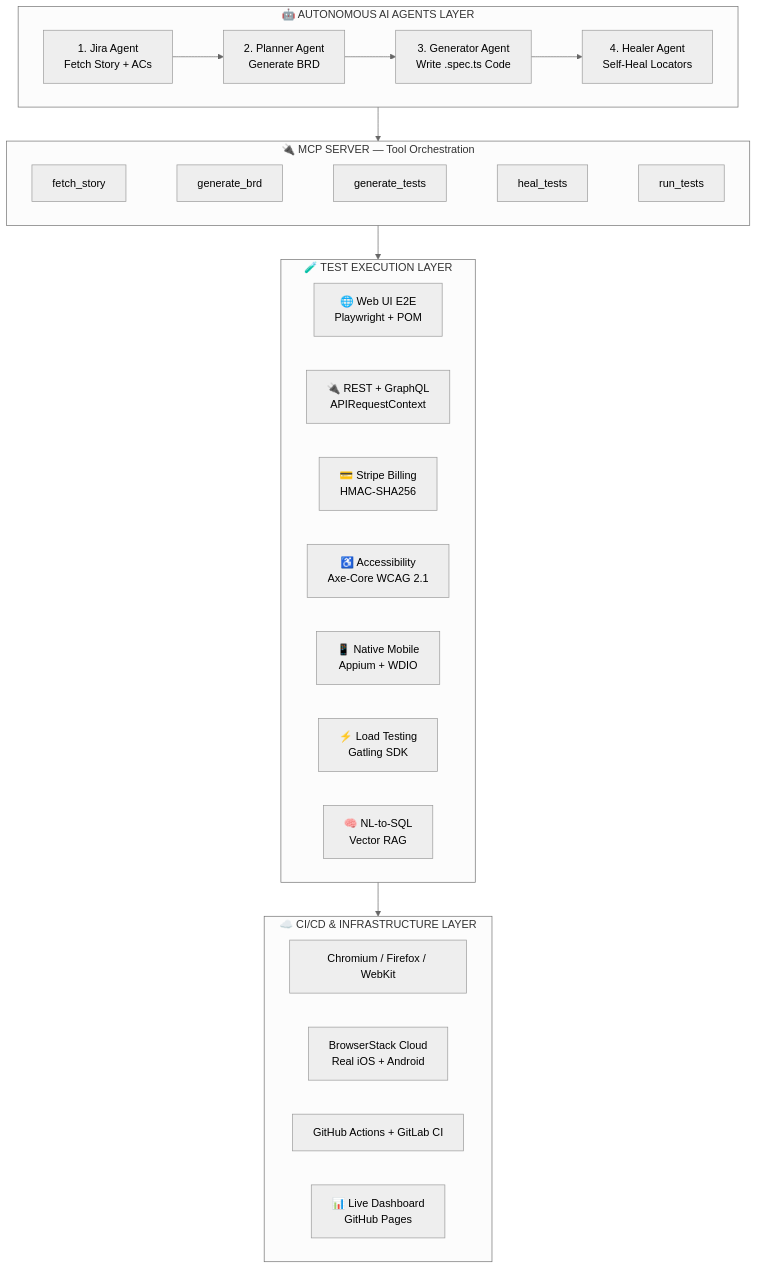
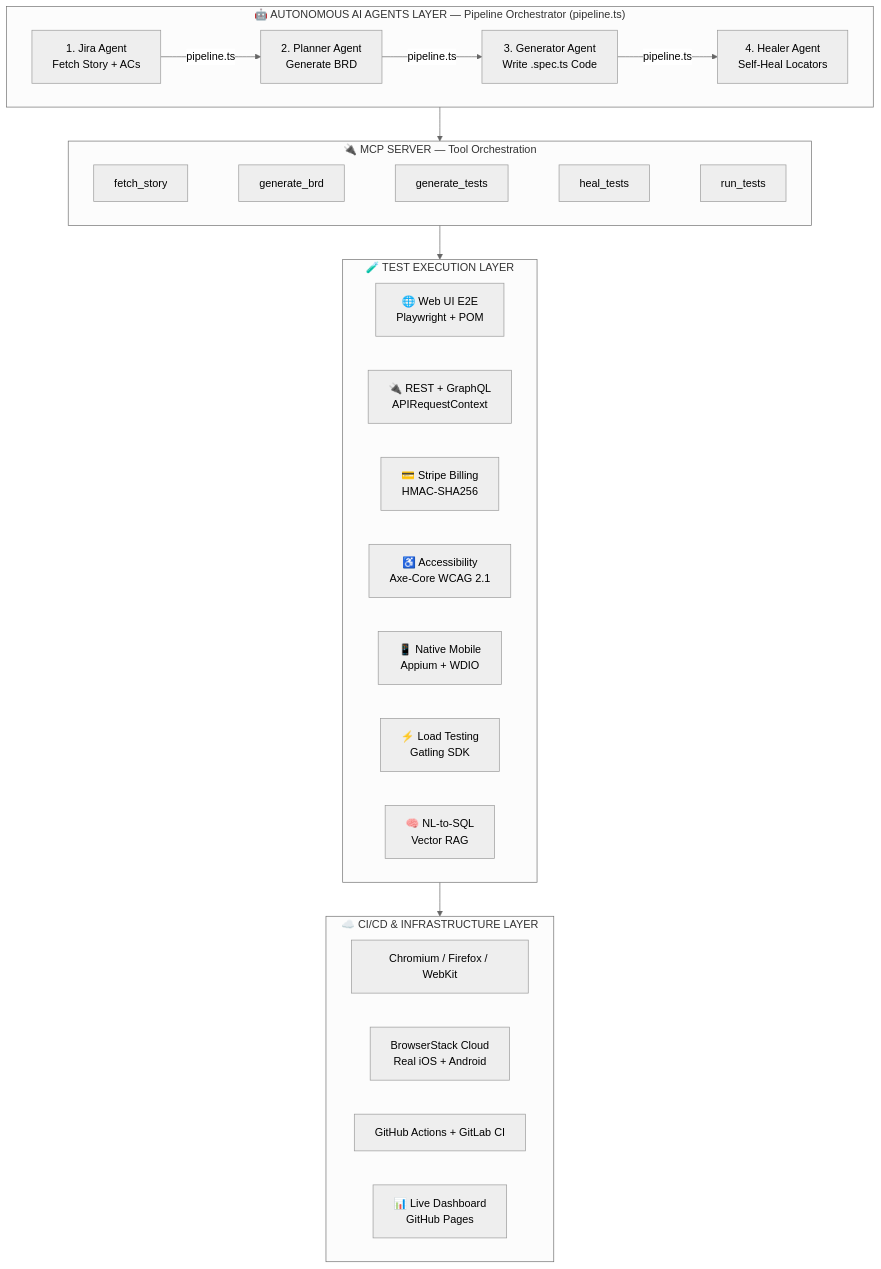
The first of 2 diagrams in README.md (abhirise1981/ai-test-automation-platform), drawn with Mermaid (neutral theme) before and after one commit.

Commit message:
docs: explicitly label pipeline.ts Pipeline Orchestrator in Layer 1 of architecture diagram

````diff
--- a/README.md
+++ b/README.md
@@ -20,37 +20,37 @@
 ```mermaid
 graph TB
-    subgraph AI["🤖 AUTONOMOUS AI AGENTS LAYER"]
+    subgraph AI["🤖 AUTONOMOUS AI AGENTS LAYER — Pipeline Orchestrator (pipeline.ts)"]
         direction LR
-        JIRA["1. Jira Agent<br/>Fetch Story + ACs"] --> PLAN["2. Planner Agent<br/>Generate BRD"]
-        PLAN --> GEN["3. Generator Agent<br/>Write .spec.ts Code"]
-        GEN --> HEAL["4. Healer Agent<br/>Self-Heal Locators"]
+        JIRA["1. Jira Agent<br/>Fetch Story + ACs"] -->|pipeline.ts| PLAN["2. Planner Agent<br/>Generate BRD"]
+        PLAN -->|pipeline.ts| GEN["3. Generator Agent<br/>Write .spec.ts Code"]
+        GEN -->|pipeline.ts| HEAL["4. Healer Agent<br/>Self-Heal Locators"]
     end
 
     subgraph MCP["🔌 MCP SERVER — Tool Orchestration"]
         direction LR
         T1["fetch_story"] ~~~ T2["generate_brd"] ~~~ T3["generate_tests"] ~~~ T4["heal_tests"] ~~~ T5["run_tests"]
     end
 
     subgraph EXEC["🧪 TEST EXECUTION LAYER"]
         direction LR
         WEB["🌐 Web UI E2E<br/>Playwright + POM"]
         APITST["🔌 REST + GraphQL<br/>APIRequestContext"]
         STRIPE["💳 Stripe Billing<br/>HMAC-SHA256"]
         A11Y["♿ Accessibility<br/>Axe-Core WCAG 2.1"]
         MOBILE["📱 Native Mobile<br/>Appium + WDIO"]
         PERF["⚡ Load Testing<br/>Gatling SDK"]
         NLSQL["🧠 NL-to-SQL<br/>Vector RAG"]
     end
 
     subgraph INFRA["☁️ CI/CD & INFRASTRUCTURE LAYER"]
         direction LR
         LOCAL["Chromium / Firefox / WebKit"]
         BS["BrowserStack Cloud<br/>Real iOS + Android"]
         CICD["GitHub Actions + GitLab CI"]
         RPT["📊 Live Dashboard<br/>GitHub Pages"]
     end
 
     AI --> MCP
     MCP --> EXEC
     EXEC --> INFRA
 ```
````
